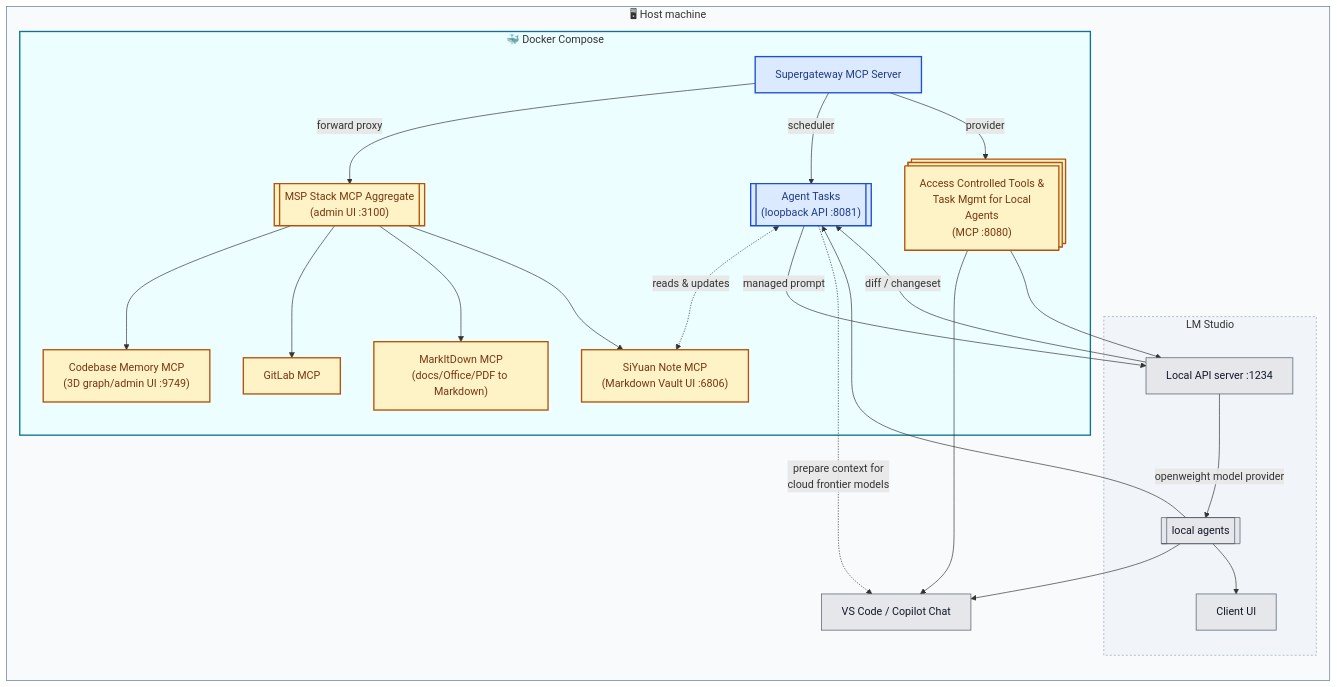
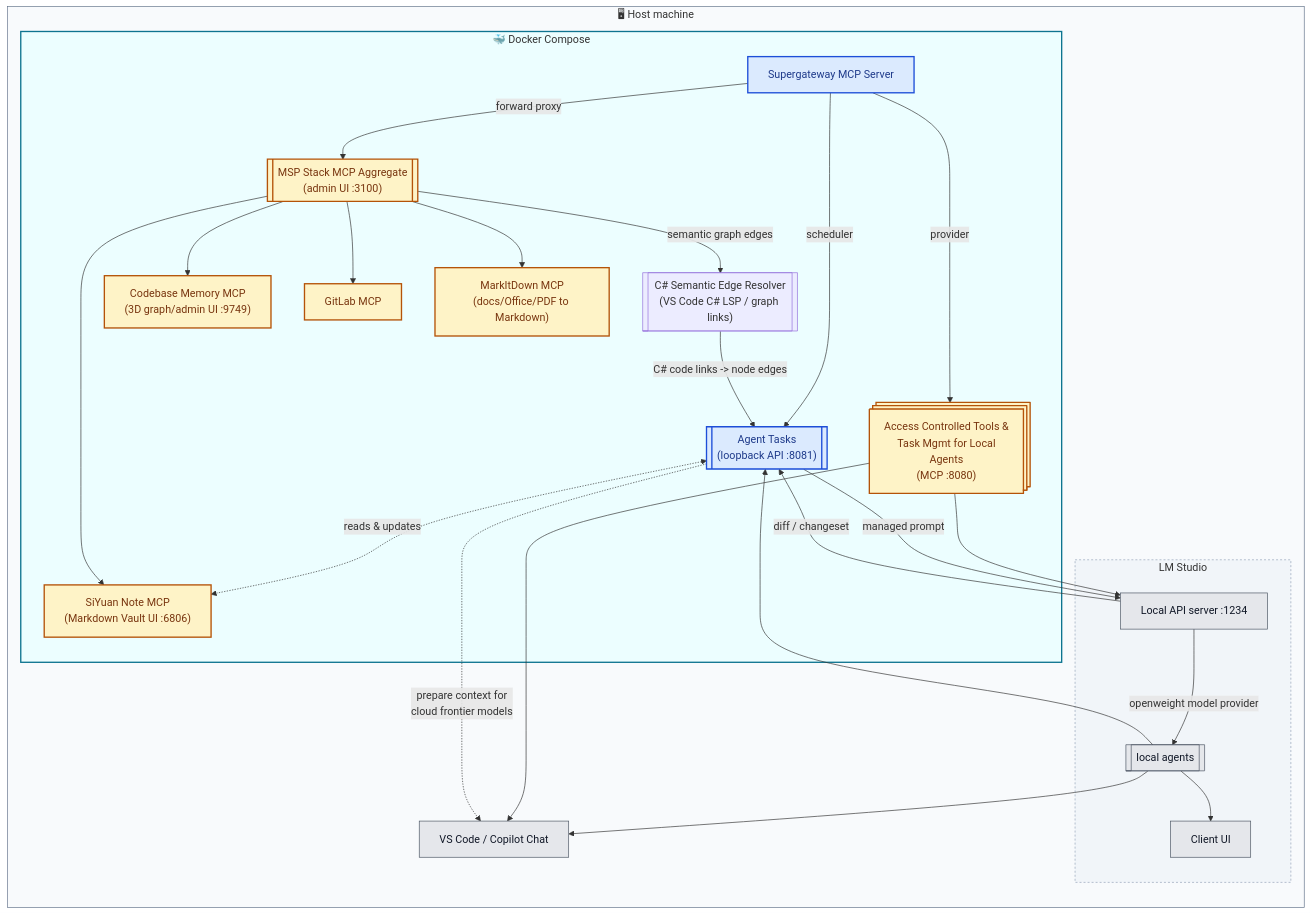
Before and after one commit to Flexi23/vscode-mcp-supergateway: the diagram in README.md, drawn with Mermaid. The commit also changed other lines of this file and 4 other files, not shown here.

First line of the commit message:
feat: add C# semantic edge resolver

````diff
--- a/README.md
+++ b/README.md
@@ -21,70 +21,73 @@
 ```mermaid
 graph LR
     subgraph Host["🖥 Host machine"]
         Copilot["VS Code / Copilot Chat"]
 
         subgraph LMStudio["LM Studio"]
           LMStudioServer["Local API server :1234"]
           LMStudioUI["Client UI"]
           LocalAgents@{ shape: subproc, label: "local agents" }
         end
 
         subgraph Docker["🐳 Docker Compose"]
             Supergateway["Supergateway MCP Server"]
 
+            Proxy@{ shape: subproc, label: "MSP Stack MCP Aggregate<br/>(admin UI :3100)" }
+            EdgeResolver@{ shape: subproc, label: "C# Semantic Edge Resolver<br/>(VS Code C# LSP / graph links)" }
             Loopback@{ shape: subproc, label: "Agent Tasks<br/>(loopback API :8081)" }
-            Proxy@{ shape: subproc, label: "MSP Stack MCP Aggregate<br/>(admin UI :3100)" }
             MCP@{ shape: processes, label: "Access Controlled Tools &<br/> Task Mgmt for Local Agents<br/>(MCP :8080)" }
 
             SiYuanNote["SiYuan Note MCP<br/>(Markdown Vault UI :6806)"]
             CodebaseMemory["Codebase Memory MCP<br>(3D graph/admin UI :9749)"]
             GitLab["GitLab MCP"]
             MarkItDown["MarkItDown MCP<br/>(docs/Office/PDF to Markdown)"]
         end
     end
 
     Supergateway --> |forward proxy| Proxy
     Supergateway --> |scheduler| Loopback
+    Proxy --> |semantic graph edges| EdgeResolver
+    EdgeResolver --> |C# code links -> node edges| Loopback
     Loopback <-. reads & updates .-> SiYuanNote
     Supergateway --> |provider|MCP
 
     MCP --> Copilot
     MCP --> LMStudioServer
 
     LMStudioServer --> |openweight model provider| LocalAgents
     LMStudioServer --> |diff / changeset| Loopback
     Loopback --> |managed prompt| LMStudioServer
     Loopback -. prepare context for<br/> cloud frontier models .-> Copilot
 
     LocalAgents --> Copilot
     LocalAgents --> Loopback
     LocalAgents --> LMStudioUI
 
     Proxy --> CodebaseMemory
     Proxy --> GitLab
     Proxy --> MarkItDown
     Proxy --> SiYuanNote
 
     click Supergateway "blob/main/src/gateway.ts" "Entry point: src/gateway.ts (main())"
     click Loopback "blob/main/src/server.ts" "Entry point: src/server.ts (startBackendServer)"
     click Proxy href "https://www.npmjs.com/package/@mspstack/mcp-gateway" "npm: @mspstack/mcp-gateway" _blank
     click MCP href "https://www.npmjs.com/package/@mspstack/mcp-gateway" "npm: @mspstack/mcp-gateway (RBAC & tool access)" _blank
     click SiYuanNote href "https://www.npmjs.com/package/siyuan-mcp" "npm: siyuan-mcp" _blank
     click CodebaseMemory href "https://www.npmjs.com/package/codebase-memory-mcp" "npm: codebase-memory-mcp" _blank
     click GitLab href "https://www.npmjs.com/package/@zereight/mcp-gitlab" "npm: @zereight/mcp-gitlab" _blank
     click MarkItDown href "https://pypi.org/project/markitdown-mcp/" "PyPI: markitdown-mcp" _blank
     click LMStudioServer href "https://lmstudio.ai/docs/app/api" "LM Studio local server docs" _blank
     click LMStudioUI href "https://lmstudio.ai/" "LM Studio" _blank
 
     classDef entryPoint fill:#dbeafe,stroke:#1d4ed8,stroke-width:2px,color:#1e3a8a;
     classDef thirdParty fill:#fef3c7,stroke:#b45309,stroke-width:2px,color:#78350f;
     classDef hostApp fill:#e5e7eb,stroke:#4b5563,stroke-width:1px,color:#111827;
 
     class Supergateway,Loopback entryPoint;
     class Proxy,MCP,SiYuanNote,CodebaseMemory,GitLab,MarkItDown thirdParty;
     class Copilot,LMStudioServer,LMStudioUI,LocalAgents hostApp;
 
     style Host fill:#f8fafc,stroke:#64748b,stroke-width:1px
     style LMStudio fill:#f1f5f9,stroke:#94a3b8,stroke-width:1px,stroke-dasharray: 3 3
     style Docker fill:#ecfeff,stroke:#0e7490,stroke-width:2px
 ```
````
